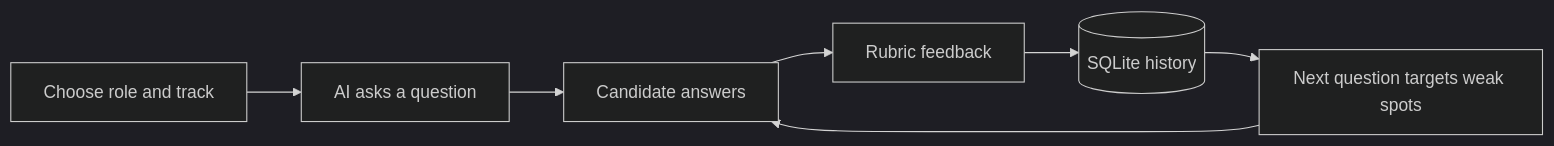
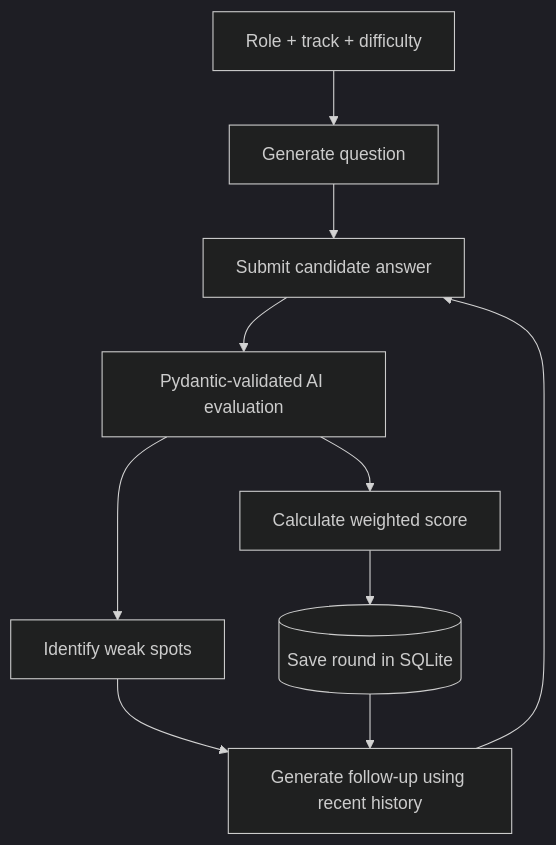
The second of 3 diagrams in README.md (vihaank1/InterviewForge), drawn with Mermaid (dark theme) before and after one commit. The commit also changed other lines of this file and 6 other files, not shown here.

````diff
--- a/README.md
+++ b/README.md
@@ -18,9 +98,12 @@
-```mermaid
-flowchart LR
-  A[Choose role and track] --> B[AI asks a question]
-  B --> C[Candidate answers]
-  C --> D[Rubric feedback]
-  D --> E[(SQLite history)]
-  E --> F[Next question targets weak spots]
-  F --> C
-```
+~~~mermaid
+flowchart TD
+  Setup[Role + track + difficulty] --> Question[Generate question]
+  Question --> Answer[Submit candidate answer]
+  Answer --> Evaluation[Pydantic-validated AI evaluation]
+  Evaluation --> Score[Calculate weighted score]
+  Score --> Stored[(Save round in SQLite)]
+  Evaluation --> Weak[Identify weak spots]
+  Weak --> Next[Generate follow-up using recent history]
+  Stored --> Next
+  Next --> Answer
+~~~
````
